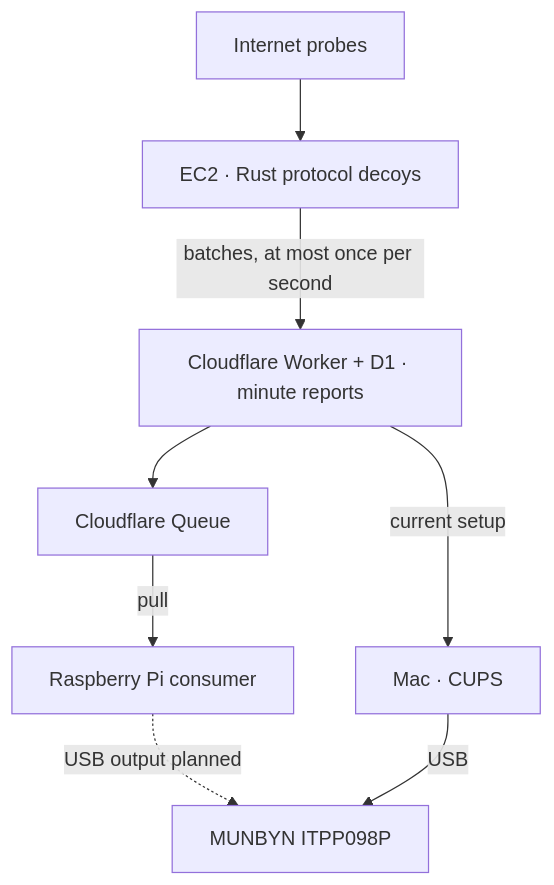
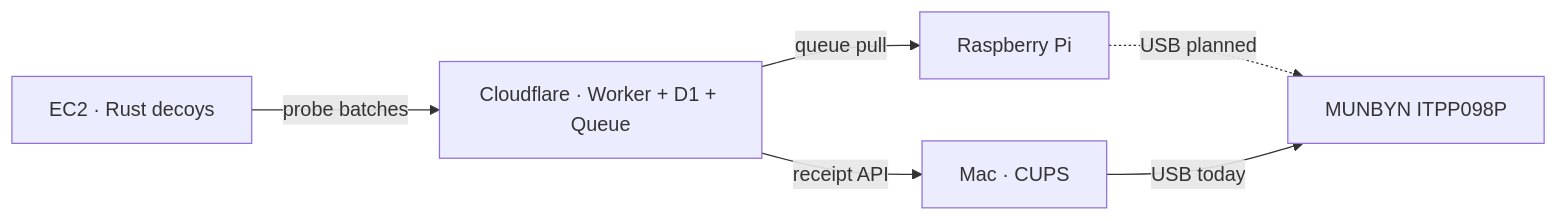
Before and after one commit to ostrowr/honeyprinter: the diagram in README.md, drawn with Mermaid.

Commit message:
Keep the architecture diagram compact

````diff
--- a/README.md
+++ b/README.md
@@ -7,10 +7,8 @@
 ```mermaid
-flowchart TD
-  Internet[Internet probes] --> EC2[EC2 · Rust protocol decoys]
-  EC2 -->|batches, at most once per second| CF[Cloudflare Worker + D1 · minute reports]
-  CF --> Queue[Cloudflare Queue]
-  Queue -->|pull| Pi[Raspberry Pi consumer]
-  Pi -.->|USB output planned| Printer[MUNBYN ITPP098P]
-  CF -->|current setup| Mac[Mac · CUPS]
-  Mac -->|USB| Printer
+flowchart LR
+  EC2[EC2 · Rust decoys] -->|probe batches| CF[Cloudflare · Worker + D1 + Queue]
+  CF -->|queue pull| Pi[Raspberry Pi]
+  Pi -.->|USB planned| Printer[MUNBYN ITPP098P]
+  CF -->|receipt API| Mac[Mac · CUPS]
+  Mac -->|USB today| Printer
 ```
````
